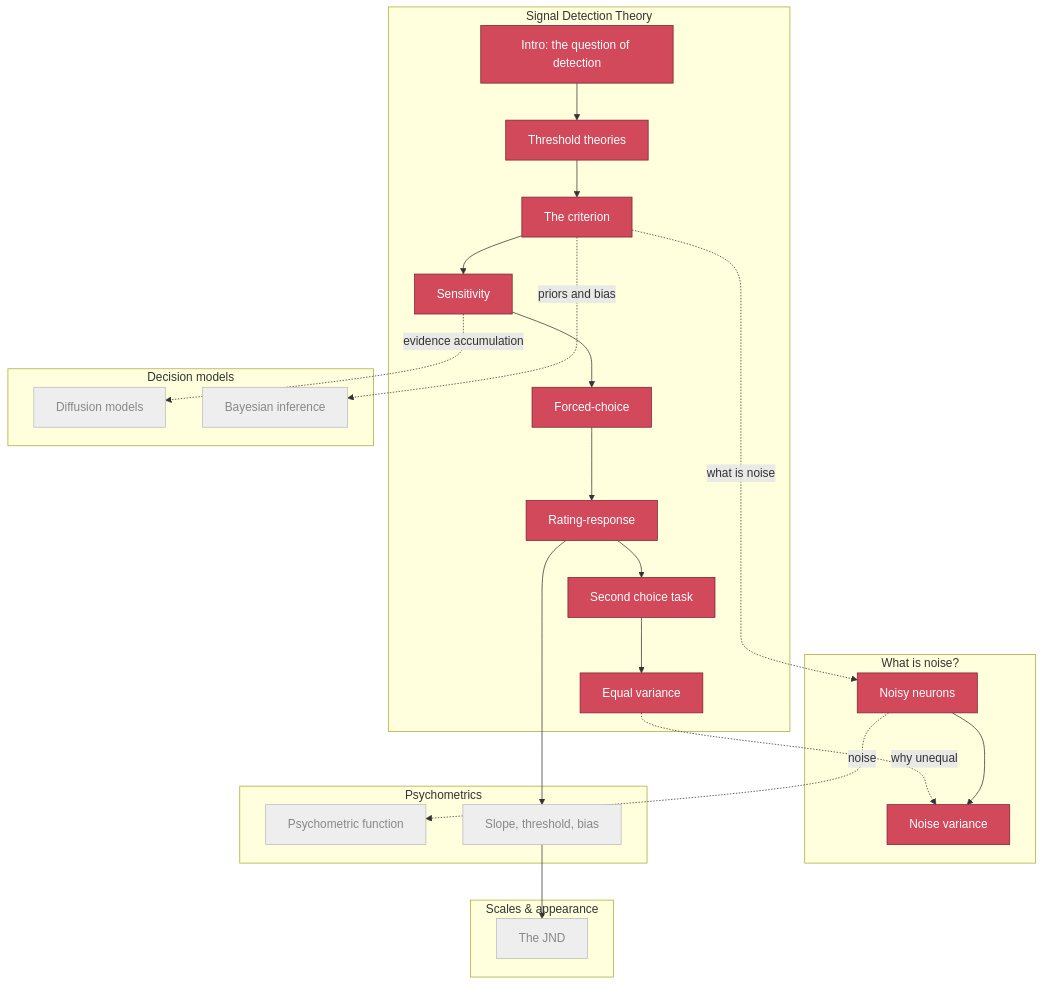
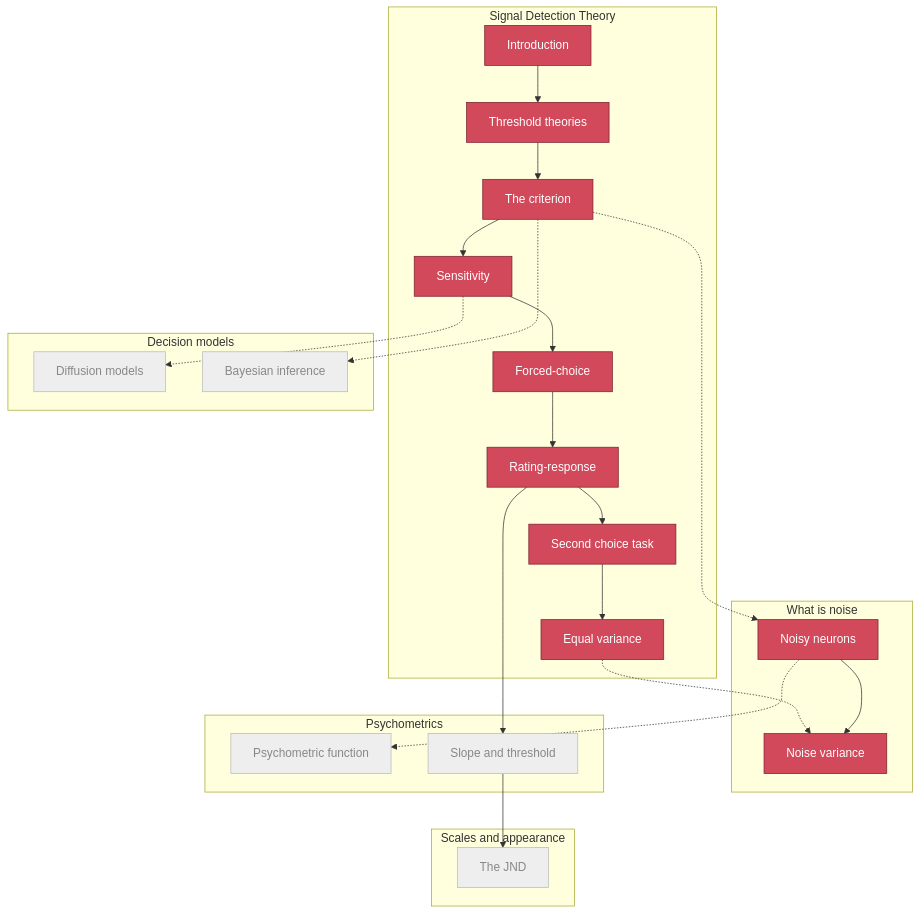
The diagram in sitemap.md (tbalsdon/psychophysical-choose-your-own-adventure), drawn with Mermaid before and after one commit.

Commit message:
Rewrite module map in conservative mermaid syntax
The labelled dotted-edge form ('-. text .->') wasn't accepted by the bundled
mermaid even though it's valid per docs. Switch to plain '-->' / '-.->' edges
(no inline labels), explicit class statements instead of ':::', and plain
subgraph/node titles with no special characters.

````diff
--- a/sitemap.md
+++ b/sitemap.md
@@ -12,56 +12,58 @@
 ```{mermaid}
 flowchart TD
-    classDef done fill:#d1495b,stroke:#7a2230,color:#fff;
-    classDef todo fill:#eee,stroke:#bbb,color:#888;
-
     subgraph SDT [Signal Detection Theory]
-        a["Intro: the question of detection"]:::done
-        b[Threshold theories]:::done
-        d[The criterion]:::done
-        e[Sensitivity]:::done
-        f[Forced-choice]:::done
-        g[Rating-response]:::done
-        h[Second choice task]:::done
-        i[Equal variance]:::done
+        a[Introduction]
+        b[Threshold theories]
+        d[The criterion]
+        e[Sensitivity]
+        f[Forced-choice]
+        g[Rating-response]
+        h[Second choice task]
+        i[Equal variance]
     end
 
-    subgraph NOISE ["What is noise?"]
-        nn[Noisy neurons]:::done
-        nv[Noise variance]:::done
+    subgraph NOISE [What is noise]
+        nn[Noisy neurons]
+        nv[Noise variance]
     end
 
     subgraph PSY [Psychometrics]
-        p1[Psychometric function]:::todo
-        p2[Slope, threshold, bias]:::todo
+        p1[Psychometric function]
+        p2[Slope and threshold]
     end
 
-    subgraph SCALE ["Scales &amp; appearance"]
-        s1[The JND]:::todo
+    subgraph SCALE [Scales and appearance]
+        s1[The JND]
     end
 
     subgraph DM [Decision models]
-        dm1[Diffusion models]:::todo
-        dm2[Bayesian inference]:::todo
+        dm1[Diffusion models]
+        dm2[Bayesian inference]
     end
 
     a --> b --> d --> e --> f --> g --> h --> i
-    d -. what is noise .-> nn
-    i -. why unequal .-> nv
+    d -.-> nn
+    i -.-> nv
     nn --> nv
-    nn -. noise .-> p1
+    nn -.-> p1
     g --> p2
     p2 --> s1
-    e -. evidence accumulation .-> dm1
-    d -. priors and bias .-> dm2
+    e -.-> dm1
+    d -.-> dm2
 
-    click a "/modules/sdt-intro" "Open the Signal Detection Theory introduction"
-    click b "/modules/sdt-threshold-theories" "Open Threshold theories"
-    click d "/modules/sdt-criterion" "Open The criterion"
-    click e "/modules/sdt-sensitivity" "Open Sensitivity"
-    click f "/modules/sdt-forced-choice" "Open Forced-choice"
-    click g "/modules/sdt-rating-response" "Open Rating-response"
-    click h "/modules/sdt-second-choice" "Open Second choice task"
-    click i "/modules/sdt-equal-variance" "Open Equal variance"
-    click nn "/modules/noise-noisy-neurons" "Open Noisy neurons"
-    click nv "/modules/noise-variance" "Open Noise variance"
+    classDef done fill:#d1495b,stroke:#7a2230,color:#fff;
+    classDef todo fill:#eee,stroke:#bbb,color:#888;
+    class a,b,d,e,f,g,h,i,nn,nv done;
+    class p1,p2,s1,dm1,dm2 todo;
+
+    click a "/modules/sdt-intro"
+    click b "/modules/sdt-threshold-theories"
+    click d "/modules/sdt-criterion"
+    click e "/modules/sdt-sensitivity"
+    click f "/modules/sdt-forced-choice"
+    click g "/modules/sdt-rating-response"
+    click h "/modules/sdt-second-choice"
+    click i "/modules/sdt-equal-variance"
+    click nn "/modules/noise-noisy-neurons"
+    click nv "/modules/noise-variance"
 ```
````
